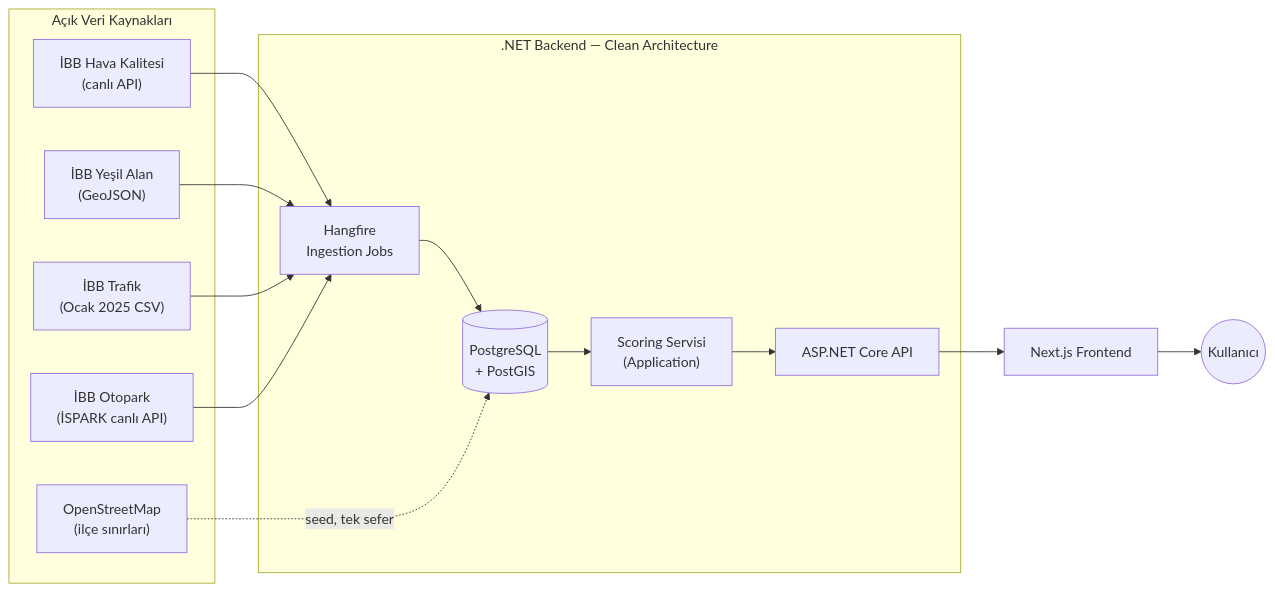
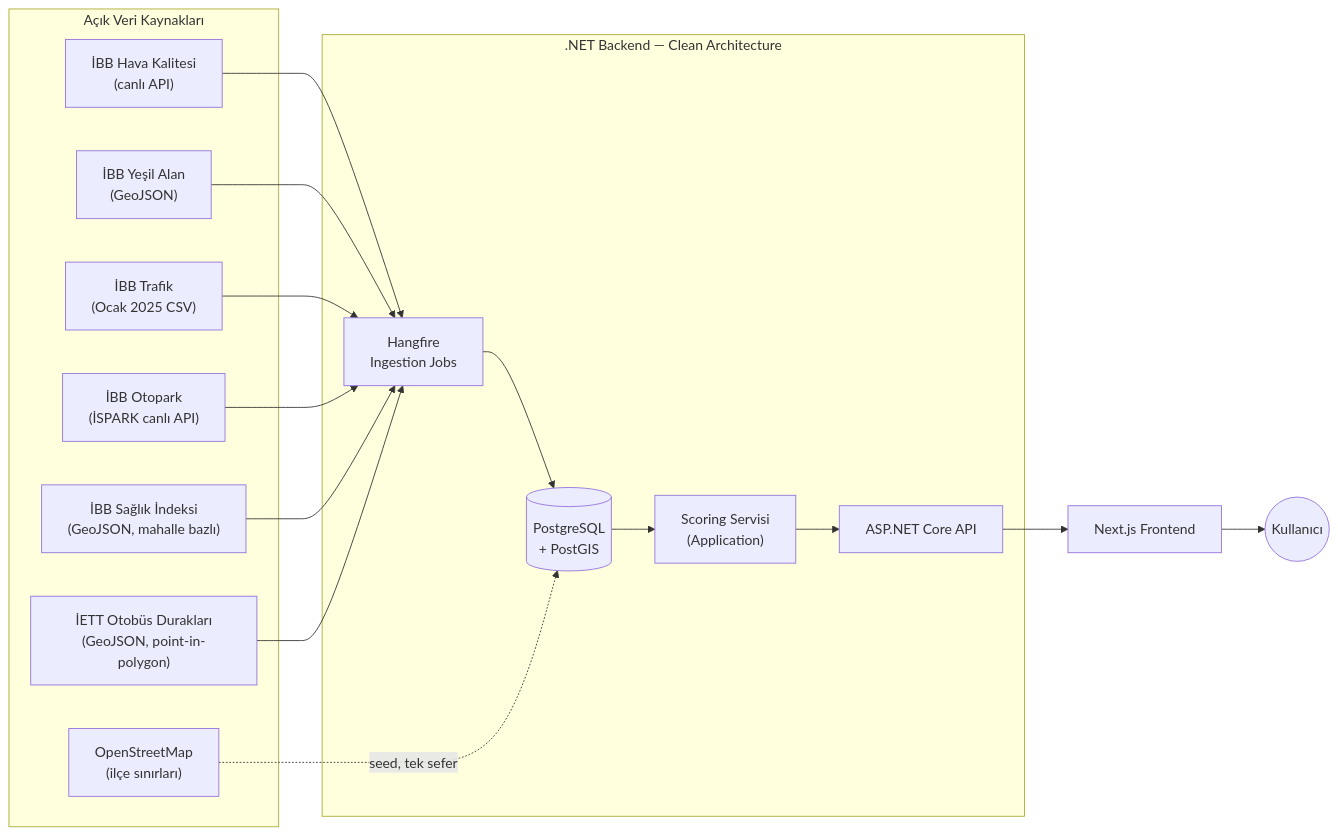
One commit to mehmetoya/SemtSkoru changed the first of 2 diagrams in README.md. Above: the diagram before and after it, drawn with Mermaid. The commit also changed other lines of this file and 39 other files, not shown here.

````diff
--- a/README.md
+++ b/README.md
@@ -22,25 +22,29 @@
 ```mermaid
 flowchart LR
     subgraph Kaynaklar["Açık Veri Kaynakları"]
         AQ["İBB Hava Kalitesi<br/>(canlı API)"]
         GS["İBB Yeşil Alan<br/>(GeoJSON)"]
         TR["İBB Trafik<br/>(Ocak 2025 CSV)"]
         PK["İBB Otopark<br/>(İSPARK canlı API)"]
+        HA["İBB Sağlık İndeksi<br/>(GeoJSON, mahalle bazlı)"]
+        TA["İETT Otobüs Durakları<br/>(GeoJSON, point-in-polygon)"]
         OSM["OpenStreetMap<br/>(ilçe sınırları)"]
     end
 
     subgraph Backend[".NET Backend — Clean Architecture"]
         ING["Hangfire<br/>Ingestion Jobs"] --> DB[("PostgreSQL<br/>+ PostGIS")]
         DB --> SCORE["Scoring Servisi<br/>(Application)"]
         SCORE --> API["ASP.NET Core API"]
     end
 
     AQ --> ING
     GS --> ING
     TR --> ING
     PK --> ING
+    HA --> ING
+    TA --> ING
     OSM -. "seed, tek sefer" .-> DB
 
     API --> FE["Next.js Frontend"]
     FE --> USER((Kullanıcı))
 ```
````
